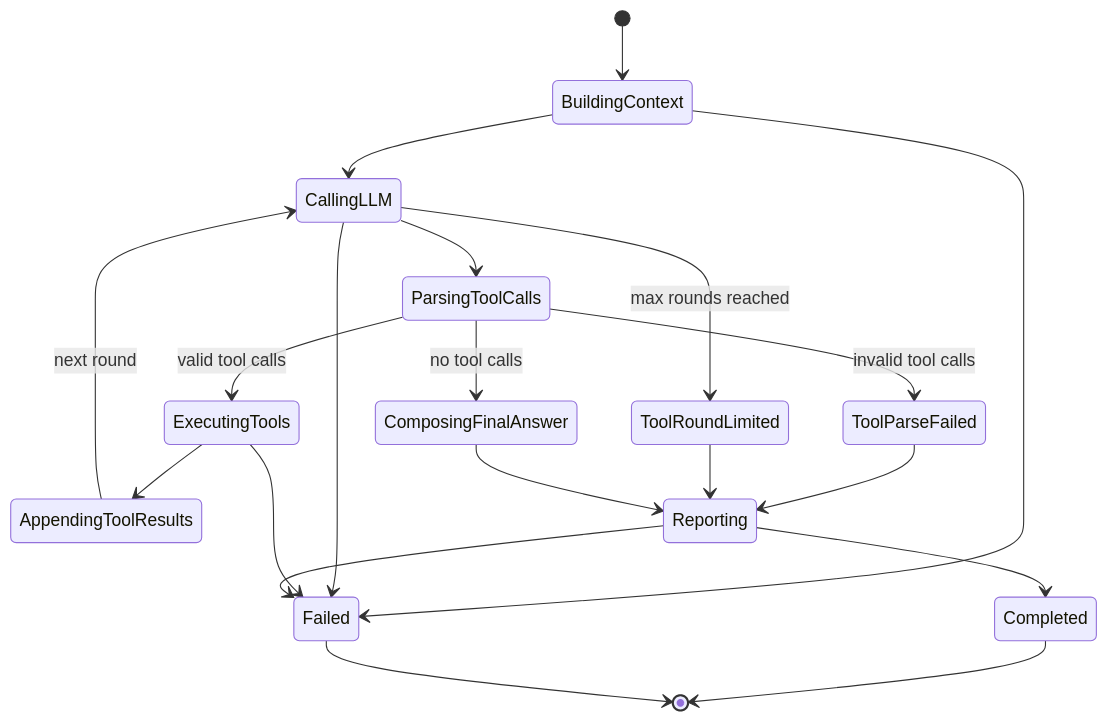
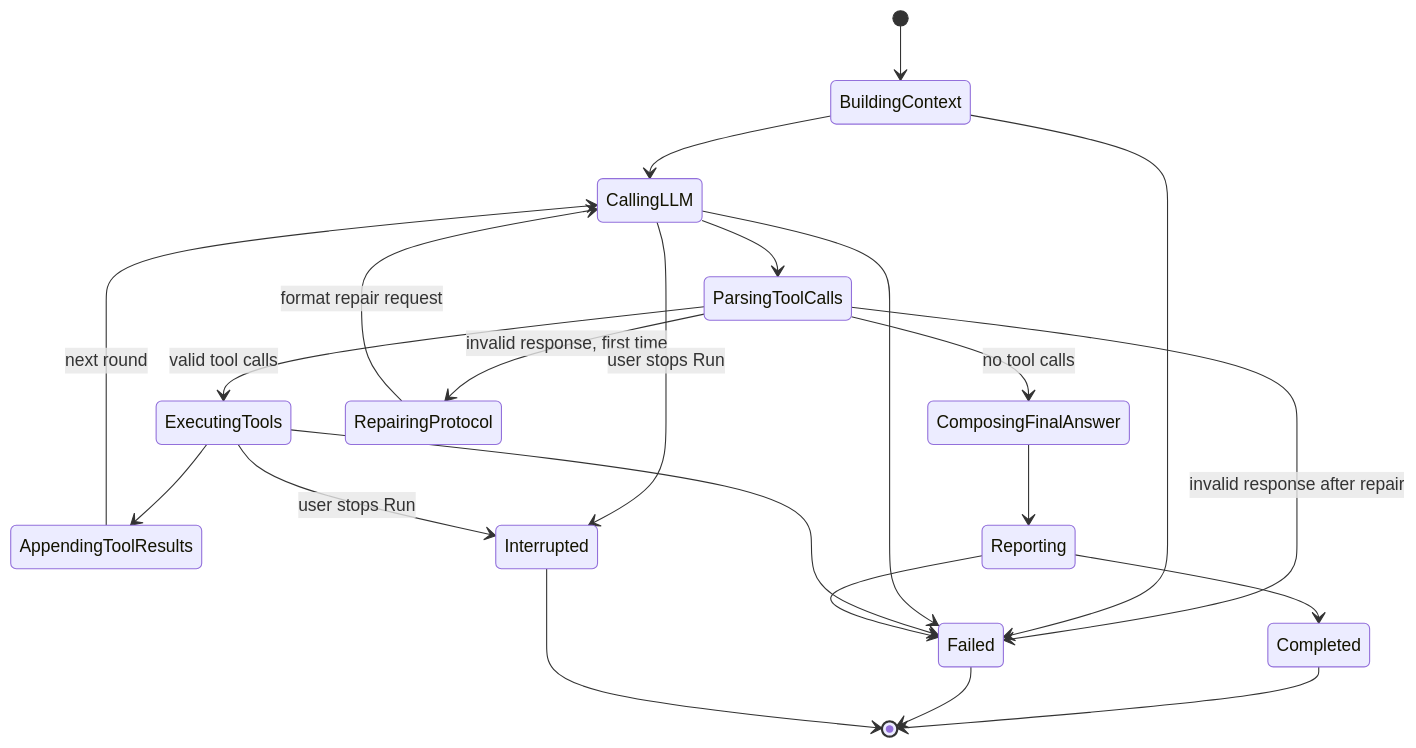
One commit to hfqf/figo-agent changed the second of 3 diagrams in docs/agent/modules/agent-loop/TOOL_CALLING_LOOP.md. Above: the diagram before and after it, drawn with Mermaid. The commit also changed other lines of this file and 65 other files, not shown here.

````diff
--- a/docs/agent/modules/agent-loop/TOOL_CALLING_LOOP.md
+++ b/docs/agent/modules/agent-loop/TOOL_CALLING_LOOP.md
@@ -90,22 +104,24 @@
 ```mermaid
 stateDiagram-v2
   [*] --> BuildingContext
   BuildingContext --> CallingLLM
   CallingLLM --> ParsingToolCalls
   ParsingToolCalls --> ComposingFinalAnswer: no tool calls
   ParsingToolCalls --> ExecutingTools: valid tool calls
-  ParsingToolCalls --> ToolParseFailed: invalid tool calls
+  ParsingToolCalls --> RepairingProtocol: invalid response, first time
+  RepairingProtocol --> CallingLLM: format repair request
+  ParsingToolCalls --> Failed: invalid response after repair
   ExecutingTools --> AppendingToolResults
   AppendingToolResults --> CallingLLM: next round
-  CallingLLM --> ToolRoundLimited: max rounds reached
-  ToolParseFailed --> Reporting
-  ToolRoundLimited --> Reporting
+  CallingLLM --> Interrupted: user stops Run
+  ExecutingTools --> Interrupted: user stops Run
   ComposingFinalAnswer --> Reporting
   Reporting --> Completed
   BuildingContext --> Failed
   CallingLLM --> Failed
   ExecutingTools --> Failed
   Reporting --> Failed
   Completed --> [*]
   Failed --> [*]
+  Interrupted --> [*]
 ```
````
